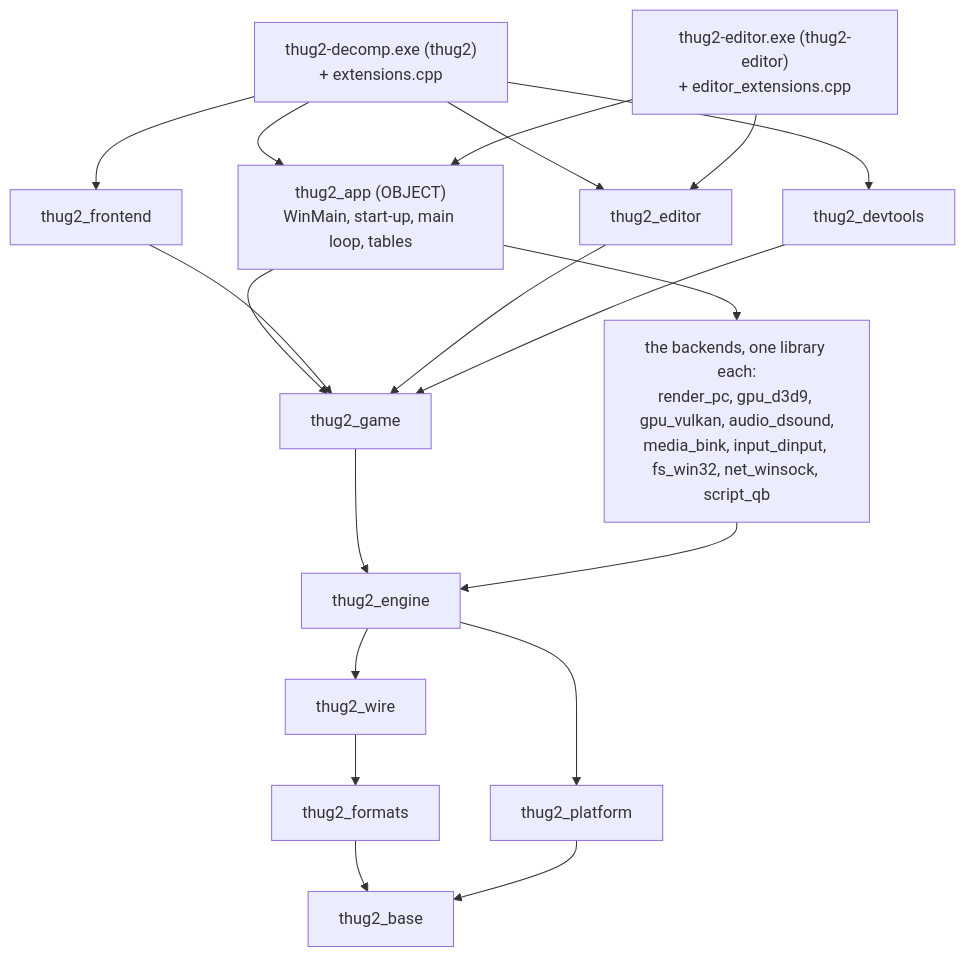
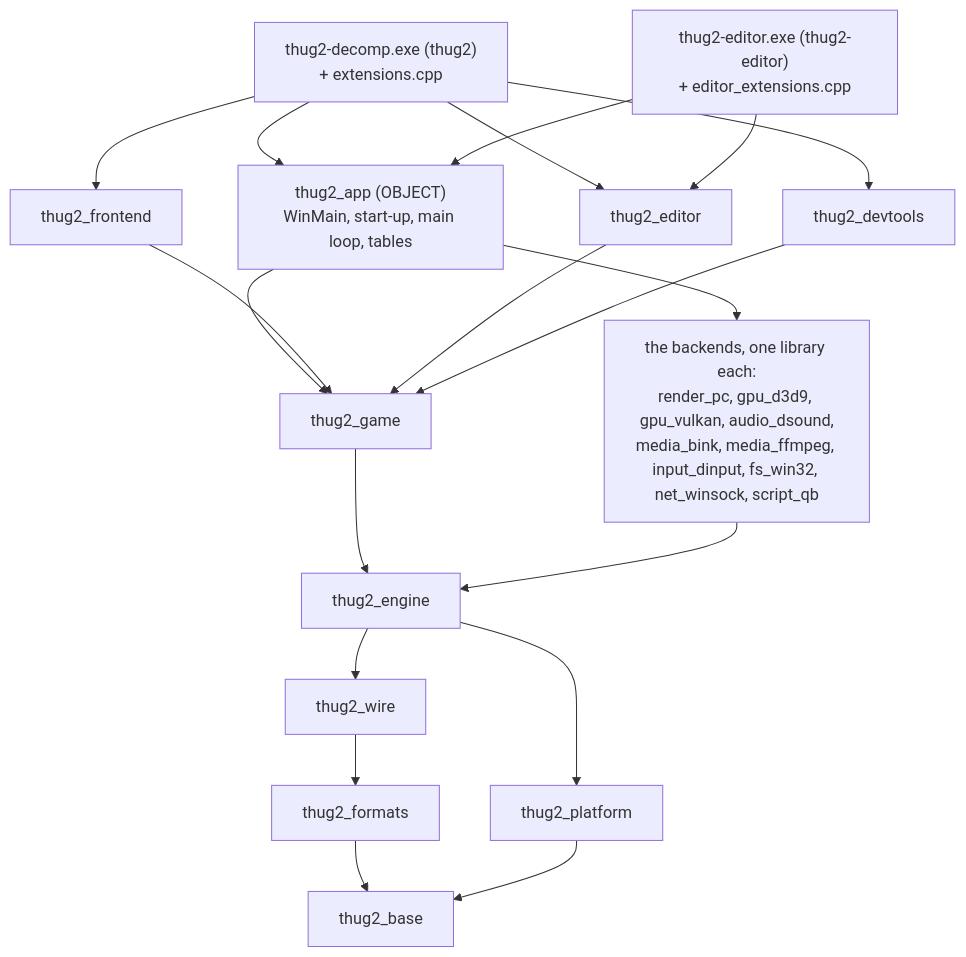
One commit to CanuckAussieKev/thug2-decomp changed the diagram in docs/architecture.md. Above: the diagram before and after it, drawn with Mermaid. The commit also changed other lines of this file and 25 other files, not shown here.

````diff
--- a/docs/architecture.md
+++ b/docs/architecture.md
@@ -158,35 +159,35 @@
 ```mermaid
 graph TD
     thug2["thug2-decomp.exe (thug2)<br/>+ extensions.cpp"]
     editorexe["thug2-editor.exe (thug2-editor)<br/>+ editor_extensions.cpp"]
     app["thug2_app (OBJECT)<br/>WinMain, start-up, main loop, tables"]
     frontend[thug2_frontend]
     editor[thug2_editor]
     devtools[thug2_devtools]
     game[thug2_game]
     engine[thug2_engine]
-    backends["the backends, one library each:<br/>render_pc, gpu_d3d9, gpu_vulkan, audio_dsound,<br/>media_bink, input_dinput, fs_win32, net_winsock, script_qb"]
+    backends["the backends, one library each:<br/>render_pc, gpu_d3d9, gpu_vulkan, audio_dsound,<br/>media_bink, media_ffmpeg, input_dinput, fs_win32, net_winsock, script_qb"]
     wire[thug2_wire]
     platform[thug2_platform]
     formats[thug2_formats]
     base[thug2_base]
 
     thug2 --> app
     thug2 --> frontend
     thug2 --> editor
     thug2 --> devtools
     editorexe --> app
     editorexe --> editor
     app --> game
     app --> backends
     frontend --> game
     editor --> game
     devtools --> game
     game --> engine
     backends --> engine
     engine --> wire
     engine --> platform
     wire --> formats
     formats --> base
     platform --> base
 ```
````
